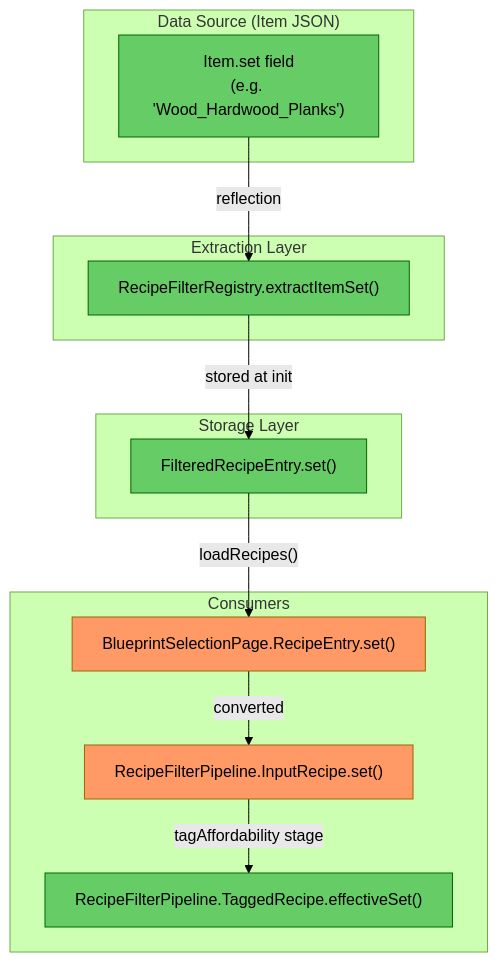
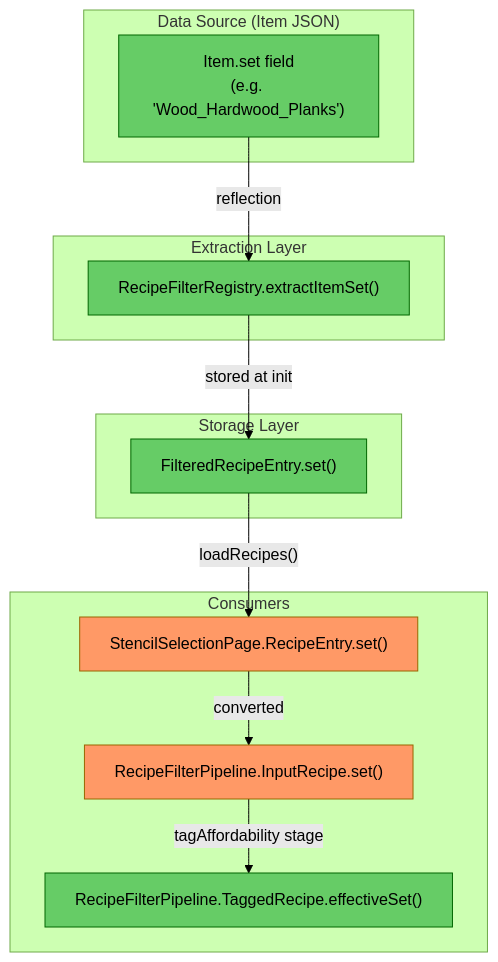
Before and after one commit to TheCodeCreature/Hytale-Example-Plugin: the first of 3 diagrams in docs/review-set-resolution.md, drawn with Mermaid (forest theme). The commit also changed other lines of this file and 289 other files, not shown here.

````diff
--- a/docs/review-set-resolution.md
+++ b/docs/review-set-resolution.md
@@ -9,33 +9,33 @@
 ```mermaid
 graph TB
     subgraph "Data Source (Item JSON)"
         A["Item.set field<br/>(e.g. 'Wood_Hardwood_Planks')"]
     end
     
     subgraph "Extraction Layer"
         B["RecipeFilterRegistry.extractItemSet()"]
     end
     
     subgraph "Storage Layer"
         C["FilteredRecipeEntry.set()"]
     end
     
     subgraph "Consumers"
-        D["BlueprintSelectionPage.RecipeEntry.set()"]
+        D["StencilSelectionPage.RecipeEntry.set()"]
         E["RecipeFilterPipeline.InputRecipe.set()"]
         F["RecipeFilterPipeline.TaggedRecipe.effectiveSet()"]
     end
     
     A -->|"reflection"| B
     B -->|"stored at init"| C
     C -->|"loadRecipes()"| D
     D -->|"converted"| E
     E -->|"tagAffordability stage"| F
 
     style A fill:#6c6,stroke:#060
     style B fill:#6c6,stroke:#060
     style C fill:#6c6,stroke:#060
     style D fill:#f96,stroke:#960
     style E fill:#f96,stroke:#960
     style F fill:#6c6,stroke:#060
 ```
````
